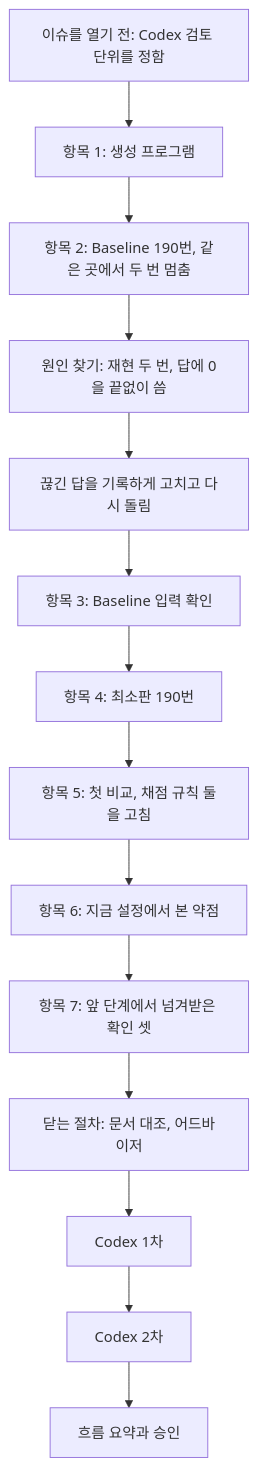
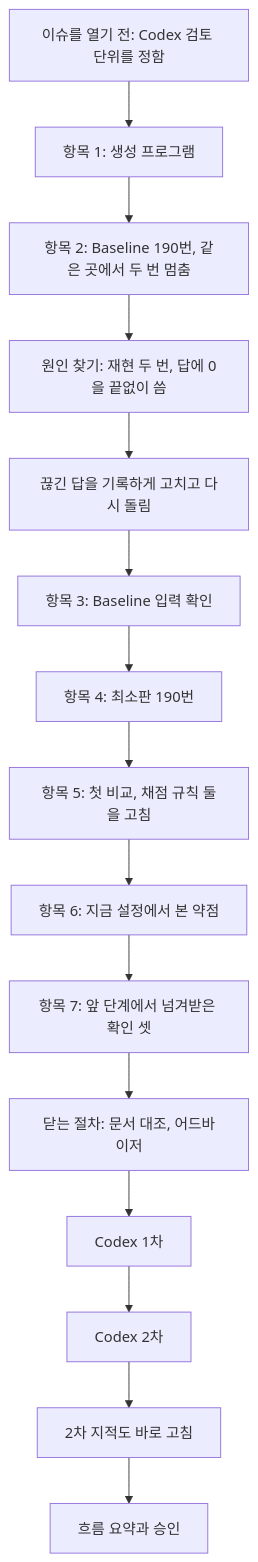
One commit to seungchan2022/multilingual-agent-rag changed the diagram in history/stage6/12-baseline-minimal.md. Above: the diagram before and after it, drawn with Mermaid. The commit also changed other lines of this file and 2 other files, not shown here.

````diff
--- a/history/stage6/12-baseline-minimal.md
+++ b/history/stage6/12-baseline-minimal.md
@@ -29,16 +29,17 @@
 ```mermaid
 flowchart TD
   A[이슈를 열기 전: Codex 검토 단위를 정함] --> B[항목 1: 생성 프로그램]
   B --> C[항목 2: Baseline 190번, 같은 곳에서 두 번 멈춤]
   C --> D[원인 찾기: 재현 두 번, 답에 0을 끝없이 씀]
   D --> E[끊긴 답을 기록하게 고치고 다시 돌림]
   E --> F[항목 3: Baseline 입력 확인]
   F --> G[항목 4: 최소판 190번]
   G --> H[항목 5: 첫 비교, 채점 규칙 둘을 고침]
   H --> I[항목 6: 지금 설정에서 본 약점]
   I --> J[항목 7: 앞 단계에서 넘겨받은 확인 셋]
   J --> K[닫는 절차: 문서 대조, 어드바이저]
   K --> L[Codex 1차]
   L --> M[Codex 2차]
-  M --> N[흐름 요약과 승인]
+  M --> M2[2차 지적도 바로 고침]
+  M2 --> N[흐름 요약과 승인]
 ```
````
